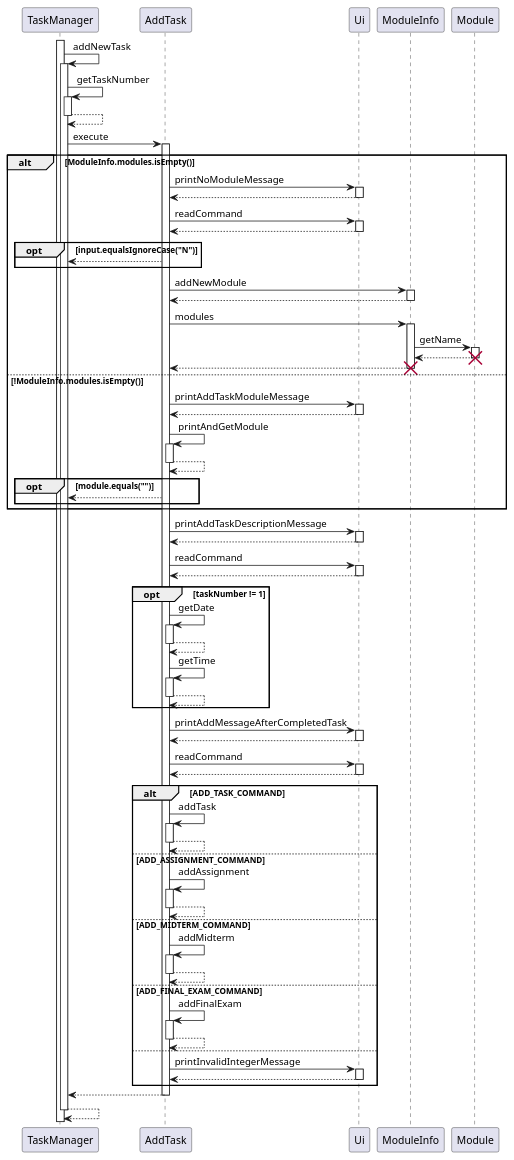
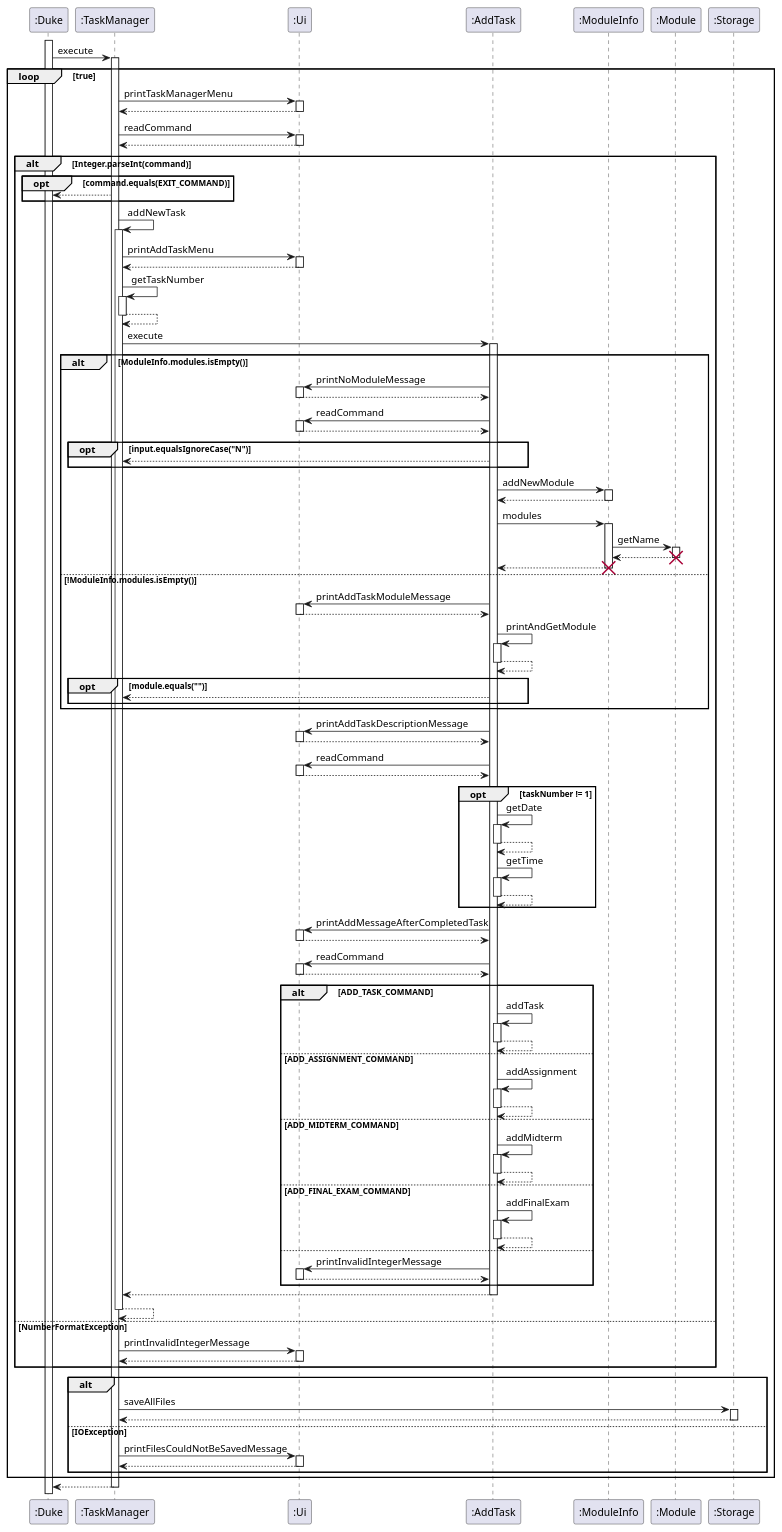
The diagram in docs/diagrams/addNewTask.puml (nus-cs2113-AY2021S2/tp), drawn with PlantUML before and after one commit. The commit also changed 15 other files, not shown here.

Commit message:
updated dg with sequence diagrams

```diff
--- a/docs/diagrams/addNewTask.puml
+++ b/docs/diagrams/addNewTask.puml
@@ -1,74 +1,105 @@
 @startuml
 
-participant TaskManager
-activate TaskManager
-TaskManager -> TaskManager++ : addNewTask
-TaskManager -> TaskManager++ : getTaskNumber
+activate ":Duke"
+":Duke" -> ":TaskManager"++ : execute
+
+loop true
+
+":TaskManager" -> ":Ui"++ : printTaskManagerMenu
 return
-TaskManager -> AddTask++ : execute
-
-alt ModuleInfo.modules.isEmpty()
-AddTask -> Ui++ : printNoModuleMessage
-return
-AddTask -> Ui++ : readCommand
-return
-    opt input.equalsIgnoreCase("N")
-    AddTask --> TaskManager
-    end
-AddTask -> ModuleInfo++ : addNewModule
-return
-AddTask -> ModuleInfo++ : modules
-ModuleInfo -> Module++ : getName
-return
-destroy Module
-return
-destroy ModuleInfo
-
-else !ModuleInfo.modules.isEmpty()
-AddTask -> Ui++ : printAddTaskModuleMessage
-return
-AddTask -> AddTask++ : printAndGetModule
-return
-    opt module.equals("")
-    AddTask --> TaskManager
-    end
-end
-
-AddTask -> Ui++ : printAddTaskDescriptionMessage
-return
-AddTask -> Ui++ : readCommand
+":TaskManager" -> ":Ui"++ : readCommand
 return
 
-opt taskNumber != 1
-AddTask -> AddTask++ : getDate
+alt Integer.parseInt(command)
+    opt command.equals(EXIT_COMMAND)
+    ":TaskManager" --> ":Duke"
+    end
+
+":TaskManager" -> ":TaskManager"++ : addNewTask
+":TaskManager" -> ":Ui"++ : printAddTaskMenu
 return
-AddTask -> AddTask++ : getTime
+":TaskManager" -> ":TaskManager"++ : getTaskNumber
+return
+":TaskManager" -> ":AddTask"++ : execute
+
+    alt ModuleInfo.modules.isEmpty()
+    ":AddTask" -> ":Ui"++ : printNoModuleMessage
+    return
+    ":AddTask" -> ":Ui"++ : readCommand
+    return
+        opt input.equalsIgnoreCase("N")
+        ":AddTask" --> ":TaskManager"
+        end
+    ":AddTask" -> ":ModuleInfo"++ : addNewModule
+    return
+    ":AddTask" -> ":ModuleInfo"++ : modules
+    ":ModuleInfo" -> ":Module"++ : getName
+    return
+    destroy ":Module"
+    return
+    destroy ":ModuleInfo"
+
+    else !ModuleInfo.modules.isEmpty()
+    ":AddTask" -> ":Ui"++ : printAddTaskModuleMessage
+    return
+    ":AddTask" -> ":AddTask"++ : printAndGetModule
+    return
+        opt module.equals("")
+        ":AddTask" --> ":TaskManager"
+        end
+    end
+
+    ":AddTask" -> ":Ui"++ : printAddTaskDescriptionMessage
+    return
+    ":AddTask" -> ":Ui"++ : readCommand
+    return
+
+    opt taskNumber != 1
+    ":AddTask" -> ":AddTask"++ : getDate
+    return
+    ":AddTask" -> ":AddTask"++ : getTime
+    return
+    end
+
+    ":AddTask" -> ":Ui"++ : printAddMessageAfterCompletedTask
+    return
+    ":AddTask" -> ":Ui"++ : readCommand
+    return
+
+    alt ADD_TASK_COMMAND
+    ":AddTask" -> ":AddTask"++ : addTask
+    return
+    else ADD_ASSIGNMENT_COMMAND
+    ":AddTask" -> ":AddTask"++ : addAssignment
+    return
+    else ADD_MIDTERM_COMMAND
+    ":AddTask" -> ":AddTask"++ : addMidterm
+    return
+    else ADD_FINAL_EXAM_COMMAND
+    ":AddTask" -> ":AddTask"++ : addFinalExam
+    return
+    else
+    ":AddTask" -> ":Ui"++ : printInvalidIntegerMessage
+    return
+    end
+
+    return
+    return
+
+else NumberFormatException
+":TaskManager" -> ":Ui"++ : printInvalidIntegerMessage
 return
 end
 
-AddTask -> Ui++ : printAddMessageAfterCompletedTask
+alt
+":TaskManager" -> ":Storage"++ : saveAllFiles
 return
-AddTask -> Ui++ : readCommand
-return
-
-alt ADD_TASK_COMMAND
-AddTask -> AddTask++ : addTask
-return
-else ADD_ASSIGNMENT_COMMAND
-AddTask -> AddTask++ : addAssignment
-return
-else ADD_MIDTERM_COMMAND
-AddTask -> AddTask++ : addMidterm
-return
-else ADD_FINAL_EXAM_COMMAND
-AddTask -> AddTask++ : addFinalExam
-return
-else
-AddTask -> Ui++ : printInvalidIntegerMessage
+else IOException
+":TaskManager" -> ":Ui"++ : printFilesCouldNotBeSavedMessage
 return
 end
 
-return
+end
 return
 
 @enduml
```
